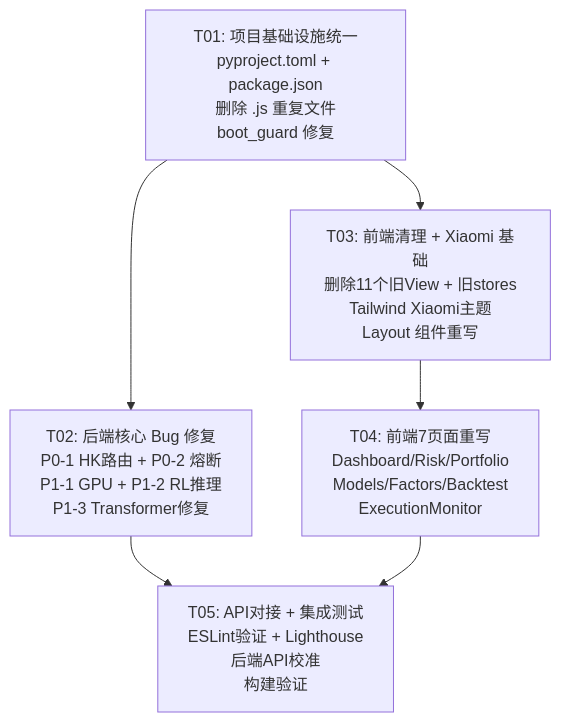
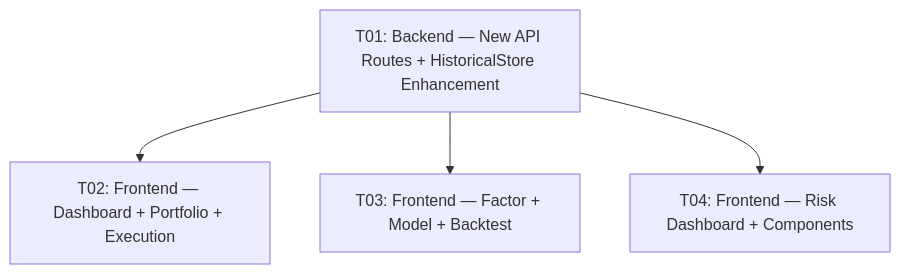
One commit to AndrewMa1992/quant-ai-trader changed the sixth of 6 diagrams in docs/system_design.md. Above: the diagram before and after it, drawn with Mermaid. The commit also changed other lines of this file and 2 other files, not shown here.

````diff
--- a/docs/system_design.md
+++ b/docs/system_design.md
@@ -793,14 +549,11 @@
 ```mermaid
 graph TD
-    T01["T01: 项目基础设施统一<br/>pyproject.toml + package.json<br/>删除 .js 重复文件<br/>boot_guard 修复"]
-    T02["T02: 后端核心 Bug 修复<br/>P0-1 HK路由 + P0-2 熔断<br/>P1-1 GPU + P1-2 RL推理<br/>P1-3 Transformer修复"]
-    T03["T03: 前端清理 + Xiaomi 基础<br/>删除11个旧View + 旧stores<br/>Tailwind Xiaomi主题<br/>Layout 组件重写"]
-    T04["T04: 前端7页面重写<br/>Dashboard/Risk/Portfolio<br/>Models/Factors/Backtest<br/>ExecutionMonitor"]
-    T05["T05: API对接 + 集成测试<br/>ESLint验证 + Lighthouse<br/>后端API校准<br/>构建验证"]
+    T01["T01: Backend — New API Routes + HistoricalStore Enhancement"]
+    T02["T02: Frontend — Dashboard + Portfolio + Execution"]
+    T03["T03: Frontend — Factor + Model + Backtest"]
+    T04["T04: Frontend — Risk Dashboard + Components"]
 
     T01 --> T02
     T01 --> T03
-    T03 --> T04
-    T02 --> T05
-    T04 --> T05
+    T01 --> T04
 ```
````
